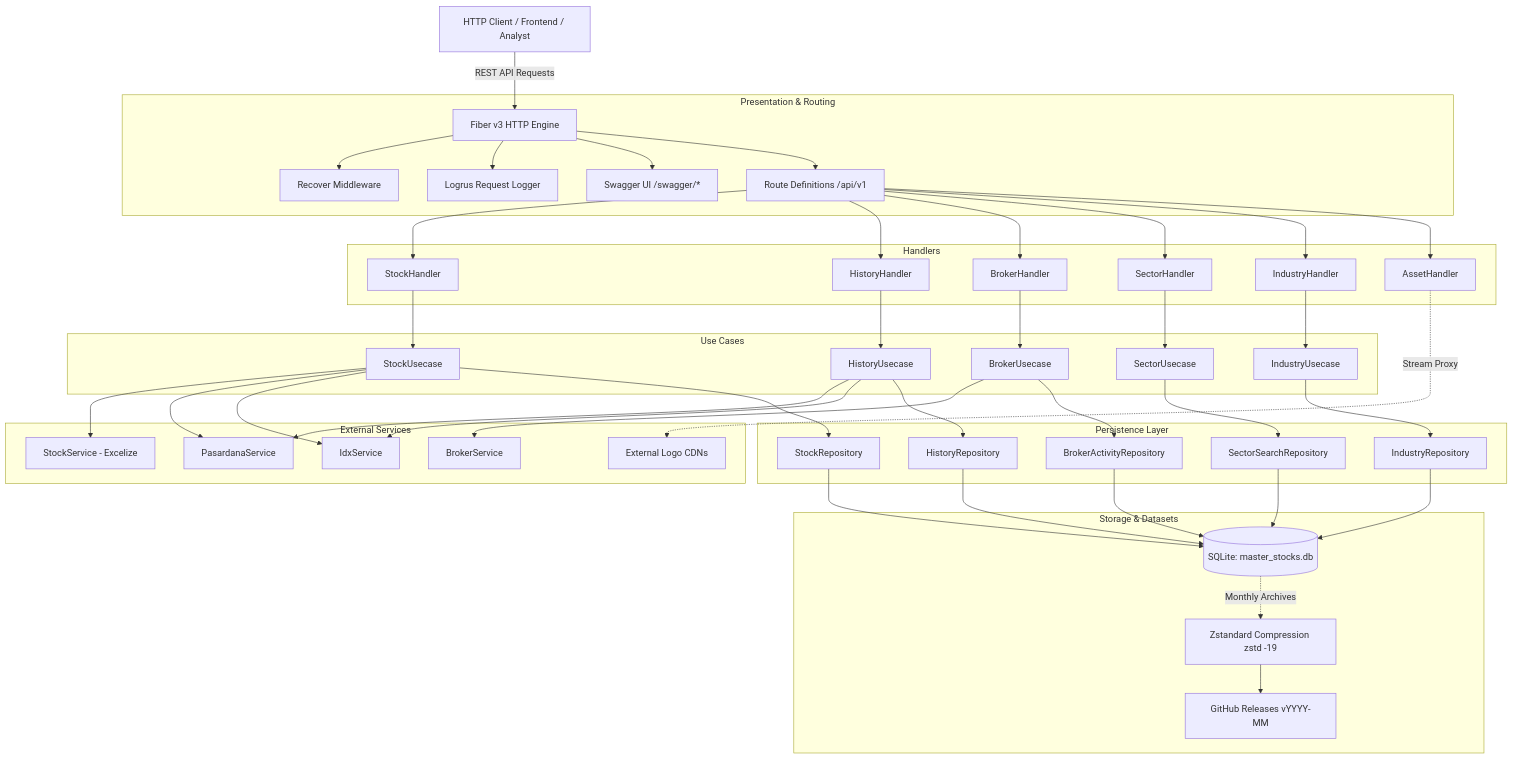
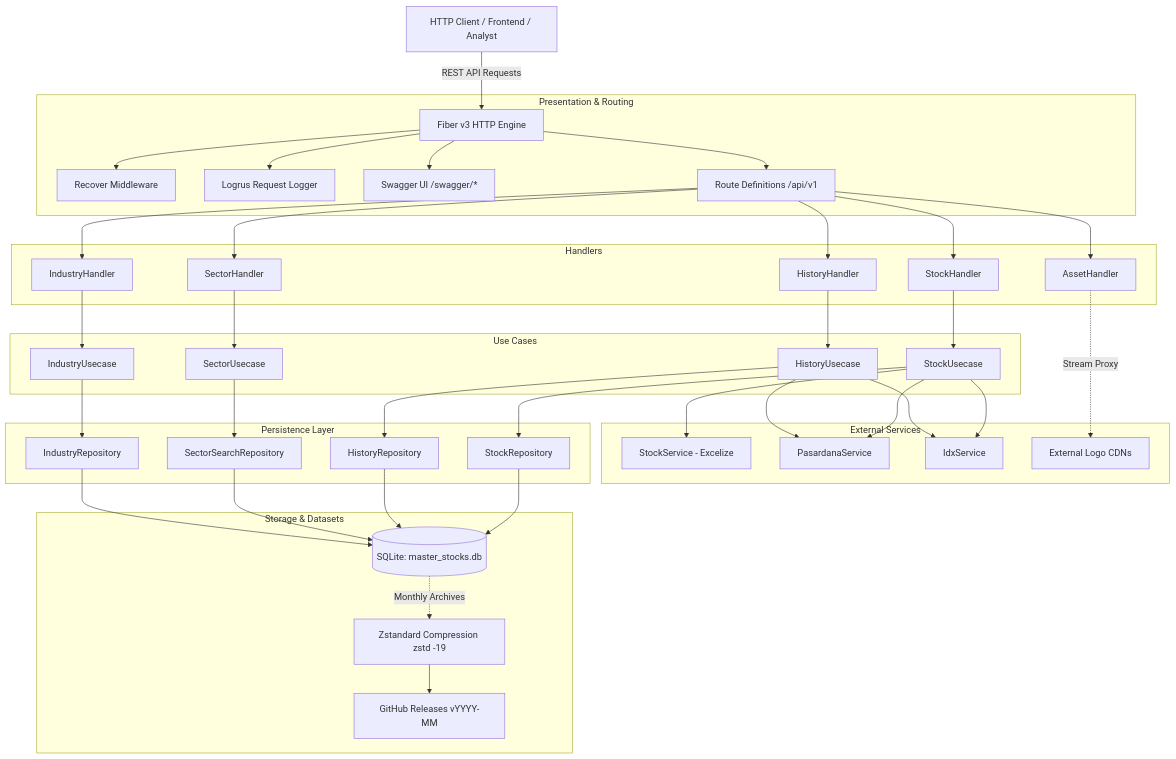
Before and after one commit to KAnggara75/IDXStock: the diagram in .context/ARCHITECTURE.md, drawn with Mermaid. The commit also changed other lines of this file and 31 other files, not shown here.

First line of the commit message:
refactor(stocks): rename sub categories and remove broker activity tracking

````diff
--- a/.context/ARCHITECTURE.md
+++ b/.context/ARCHITECTURE.md
@@ -23,56 +23,51 @@
 ```mermaid
 graph TD
     Client[HTTP Client / Frontend / Analyst] -->|REST API Requests| FiberApp[Fiber v3 HTTP Engine]
     
     subgraph Presentation & Routing
         FiberApp --> RecoverMW[Recover Middleware]
         FiberApp --> LoggerMW[Logrus Request Logger]
         FiberApp --> Swagger[Swagger UI /swagger/*]
         FiberApp --> Routes[Route Definitions /api/v1]
     end
 
     subgraph Handlers
         Routes --> StockH[StockHandler]
         Routes --> HistoryH[HistoryHandler]
-        Routes --> BrokerH[BrokerHandler]
         Routes --> SectorH[SectorHandler]
         Routes --> IndustryH[IndustryHandler]
         Routes --> AssetH[AssetHandler]
     end
 
     subgraph Use Cases
         StockH --> StockUC[StockUsecase]
         HistoryH --> HistoryUC[HistoryUsecase]
-        BrokerH --> BrokerUC[BrokerUsecase]
         SectorH --> SectorUC[SectorUsecase]
         IndustryH --> IndustryUC[IndustryUsecase]
     end
 
     subgraph External Services
         StockUC --> ExcelSvc[StockService - Excelize]
         StockUC --> PasardanaSvc[PasardanaService]
         StockUC --> IdxSvc[IdxService]
         HistoryUC --> PasardanaSvc
         HistoryUC --> IdxSvc
-        BrokerUC --> BrokerSvc[BrokerService]
         AssetH -.->|Stream Proxy| ExternalCDNs[External Logo CDNs]
     end
 
     subgraph Persistence Layer
         StockUC --> StockRepo[StockRepository]
         HistoryUC --> HistoryRepo[HistoryRepository]
-        BrokerUC --> BrokerActRepo[BrokerActivityRepository]
         SectorUC --> SectorRepo[SectorSearchRepository]
         IndustryUC --> IndustryRepo[IndustryRepository]
     end
 
     subgraph Storage & Datasets
         StockRepo --> SQLite[(SQLite: master_stocks.db)]
         HistoryRepo --> SQLite
-        BrokerActRepo --> SQLite
         SectorRepo --> SQLite
         IndustryRepo --> SQLite
         SQLite -.->|Monthly Archives| Zstd[Zstandard Compression zstd -19]
         Zstd --> GHReleases[GitHub Releases vYYYY-MM]
     end
 ```
````
